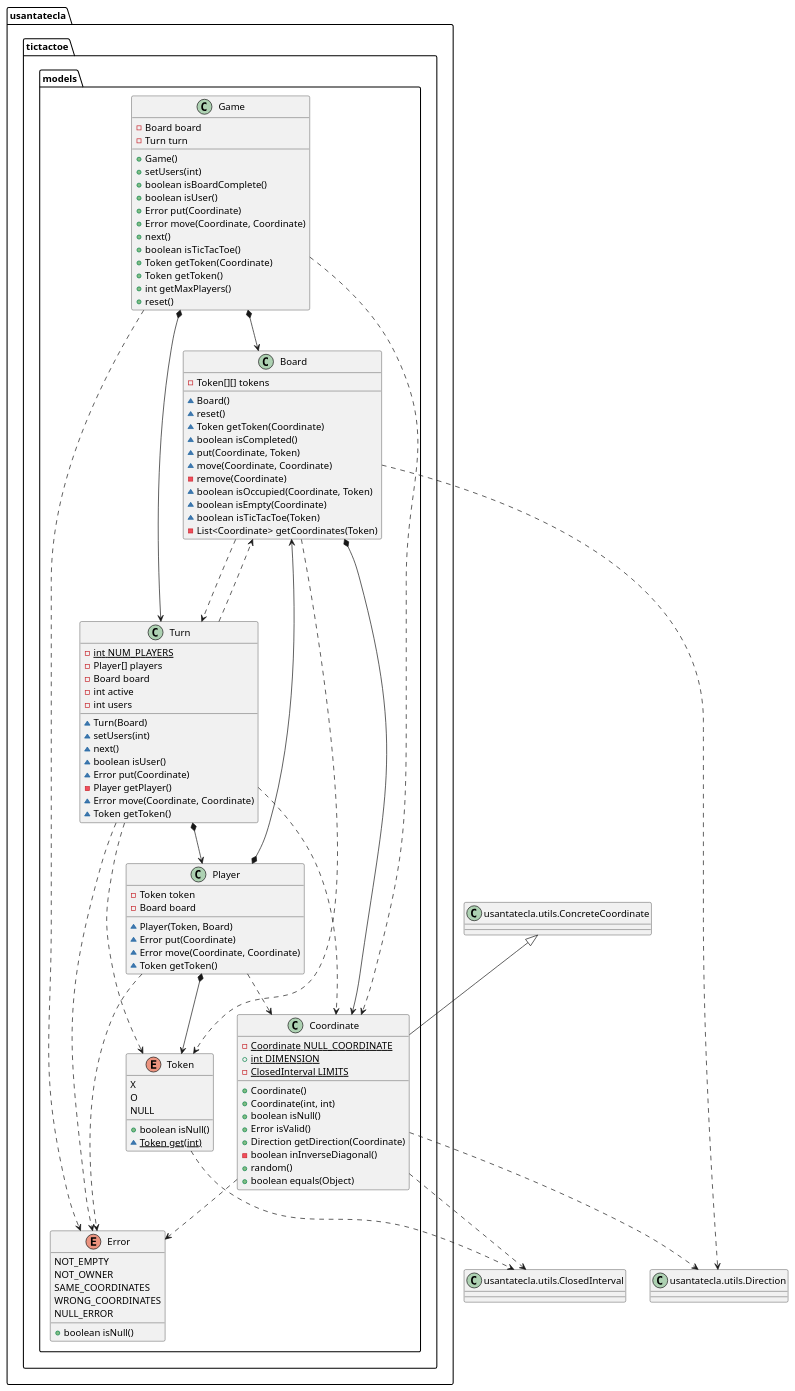
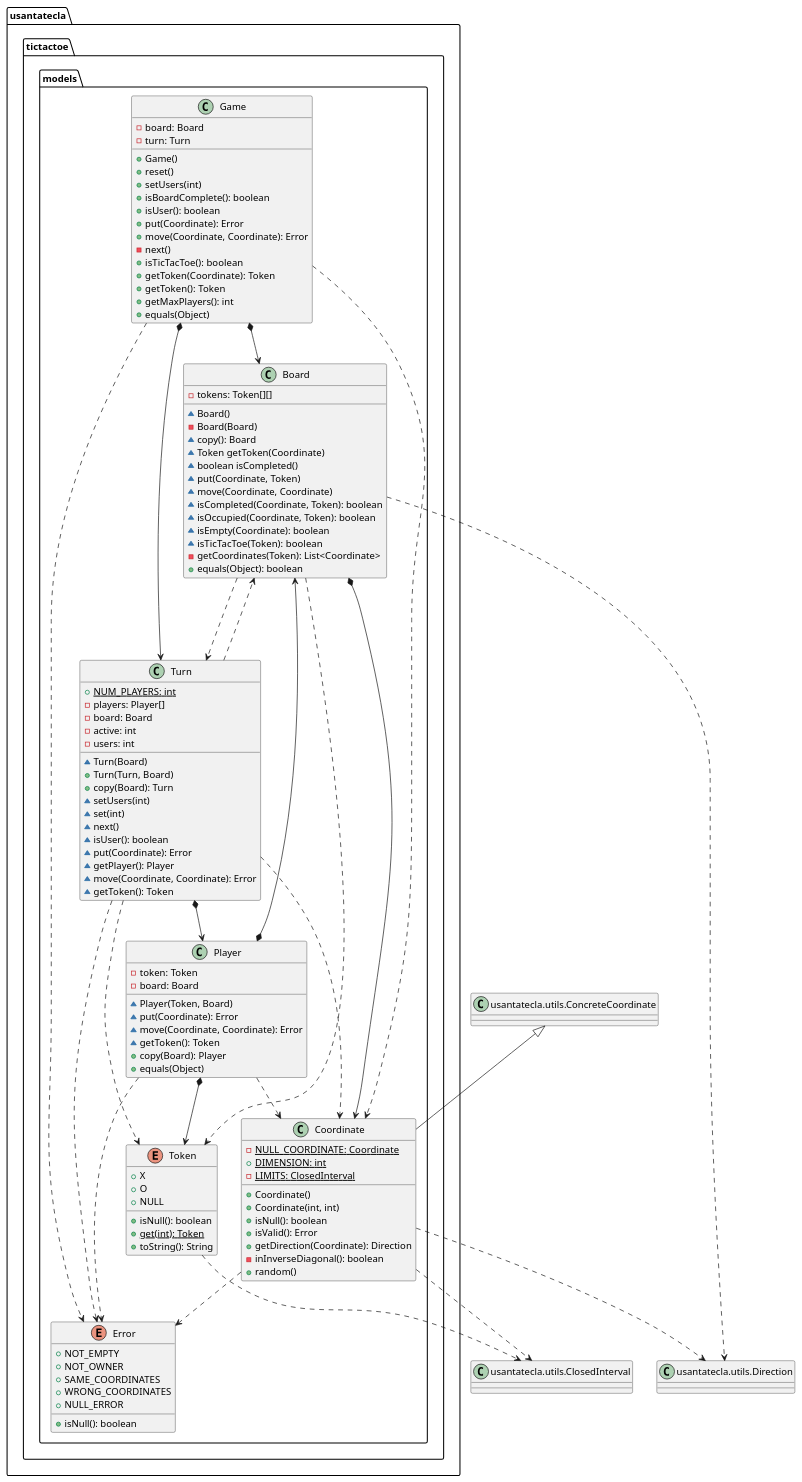
Before and after one commit to Jolucaa/USantaTecla-project-ticTacToe: the fifth of 6 diagrams in documentView/withFactoryMethod/docs/diagrams/src/paquetes.plantuml, drawn with PlantUML. The commit also changed other lines of this file and 3 other files, not shown here.

Commit message:
documentView.WithFactoryMethod diagrams updated 4

```diff
--- a/documentView/withFactoryMethod/docs/diagrams/src/paquetes.plantuml
+++ b/documentView/withFactoryMethod/docs/diagrams/src/paquetes.plantuml
@@ -372,119 +387,127 @@
 @startuml tictactoe.models
 class  usantatecla.tictactoe.models.Board{
-- Token[][] tokens
+- tokens: Token[][] 
 ~ Board()
-~ reset()
+- Board(Board)
+~ copy(): Board
 ~ Token getToken(Coordinate)
 ~ boolean isCompleted()
 ~ put(Coordinate, Token)
 ~ move(Coordinate, Coordinate)
-- remove(Coordinate)
-~ boolean isOccupied(Coordinate, Token)
-~ boolean isEmpty(Coordinate)
-~ boolean isTicTacToe(Token)
-- List<Coordinate> getCoordinates(Token)
+~ isCompleted(Coordinate, Token): boolean
+~ isOccupied(Coordinate, Token): boolean
+~ isEmpty(Coordinate): boolean
+~ isTicTacToe(Token): boolean
+- getCoordinates(Token): List<Coordinate> 
++ equals(Object): boolean
 }
 
 class ClosedInterval as "usantatecla.utils.ClosedInterval"
 class ConcreteCoordinate as "usantatecla.utils.ConcreteCoordinate"
 class Direction as "usantatecla.utils.Direction"
 
 usantatecla.tictactoe.models.Board *-down-> usantatecla.tictactoe.models.Coordinate
 usantatecla.tictactoe.models.Board ..> usantatecla.tictactoe.models.Token
 usantatecla.tictactoe.models.Board ..> usantatecla.tictactoe.models.Turn
 usantatecla.tictactoe.models.Board ..> Direction
 
 class  usantatecla.tictactoe.models.Coordinate{
-- {static} Coordinate NULL_COORDINATE
-+ {static} int DIMENSION
-- {static} ClosedInterval LIMITS
+- {static} NULL_COORDINATE: Coordinate 
++ {static} DIMENSION: int 
+- {static} LIMITS: ClosedInterval 
 + Coordinate()
 + Coordinate(int, int)
-+ boolean isNull()
-+ Error isValid()
-+ Direction getDirection(Coordinate)
-- boolean inInverseDiagonal()
++ isNull(): boolean 
++ isValid(): Error 
++ getDirection(Coordinate): Direction 
+- inInverseDiagonal(): boolean 
 + random()
-+ boolean equals(Object)
 }
 ConcreteCoordinate <|-down- usantatecla.tictactoe.models.Coordinate
 usantatecla.tictactoe.models.Coordinate ..> usantatecla.tictactoe.models.Error
 usantatecla.tictactoe.models.Coordinate ..> Direction
 usantatecla.tictactoe.models.Coordinate ..> ClosedInterval
 
 enum  usantatecla.tictactoe.models.Error{
-NOT_EMPTY
-NOT_OWNER
-SAME_COORDINATES
-WRONG_COORDINATES
-NULL_ERROR
-+ boolean isNull()
++ NOT_EMPTY
++ NOT_OWNER
++ SAME_COORDINATES
++ WRONG_COORDINATES
++ NULL_ERROR
++ isNull(): boolean 
 }
 
 class  usantatecla.tictactoe.models.Game{
-- Board board
-- Turn turn
+- board: Board 
+- turn: Turn
 + Game()
++ reset()
 + setUsers(int)
-+ boolean isBoardComplete()
-+ boolean isUser()
-+ Error put(Coordinate)
-+ Error move(Coordinate, Coordinate)
-+ next()
-+ boolean isTicTacToe()
-+ Token getToken(Coordinate)
-+ Token getToken()
-+ int getMaxPlayers()
-+ reset()
++ isBoardComplete(): boolean 
++ isUser(): boolean 
++ put(Coordinate): Error 
++ move(Coordinate, Coordinate): Error 
+- next()
++ isTicTacToe(): boolean 
++ getToken(Coordinate): Token 
++ getToken(): Token 
++ getMaxPlayers(): int 
++ equals(Object)
 }
 usantatecla.tictactoe.models.Game *-down-> usantatecla.tictactoe.models.Board
 usantatecla.tictactoe.models.Game *-down-> usantatecla.tictactoe.models.Turn
 usantatecla.tictactoe.models.Game ..> usantatecla.tictactoe.models.Coordinate
 usantatecla.tictactoe.models.Game ..> usantatecla.tictactoe.models.Error
 
 class  usantatecla.tictactoe.models.Player{
-- Token token
-- Board board
+- token: Token 
+- board: Board 
 ~ Player(Token, Board)
-~ Error put(Coordinate)
-~ Error move(Coordinate, Coordinate)
-~ Token getToken()
+~ put(Coordinate): Error 
+~ move(Coordinate, Coordinate): Error 
+~ getToken(): Token 
++ copy(Board): Player
++ equals(Object)
 }
 usantatecla.tictactoe.models.Player *-down-> usantatecla.tictactoe.models.Token
 usantatecla.tictactoe.models.Player *-down-> usantatecla.tictactoe.models.Board
 usantatecla.tictactoe.models.Player ..> usantatecla.tictactoe.models.Coordinate
 usantatecla.tictactoe.models.Player ..> usantatecla.tictactoe.models.Error
 
 enum  usantatecla.tictactoe.models.Token{
-X
-O
-NULL
-+ boolean isNull()
-~ {static} Token get(int)
++ X
++ O
++ NULL
++ isNull(): boolean 
++ {static} get(int): Token 
++ toString(): String
 }
 
 usantatecla.tictactoe.models.Token ..> ClosedInterval
 
 class  usantatecla.tictactoe.models.Turn{
-- {static} int NUM_PLAYERS
-- Player[] players
-- Board board
-- int active
-- int users
++ {static} NUM_PLAYERS: int 
+- players: Player[] 
+- board: Board 
+- active: int 
+- users: int 
 ~ Turn(Board)
++ Turn(Turn, Board)
++ copy(Board): Turn
 ~ setUsers(int)
+~ set(int)
 ~ next()
-~ boolean isUser()
-~ Error put(Coordinate)
-- Player getPlayer()
-~ Error move(Coordinate, Coordinate)
-~ Token getToken()
+~ isUser(): boolean 
+~ put(Coordinate): Error 
+~ getPlayer(): Player 
+~ move(Coordinate, Coordinate): Error 
+~ getToken(): Token 
 }
 
 usantatecla.tictactoe.models.Turn *-down-> usantatecla.tictactoe.models.Player
 usantatecla.tictactoe.models.Turn ..down-> usantatecla.tictactoe.models.Board
 usantatecla.tictactoe.models.Turn ..down-> usantatecla.tictactoe.models.Token
 usantatecla.tictactoe.models.Turn ..down-> usantatecla.tictactoe.models.Coordinate
 usantatecla.tictactoe.models.Turn ..down-> usantatecla.tictactoe.models.Error
 
 @enduml
```
